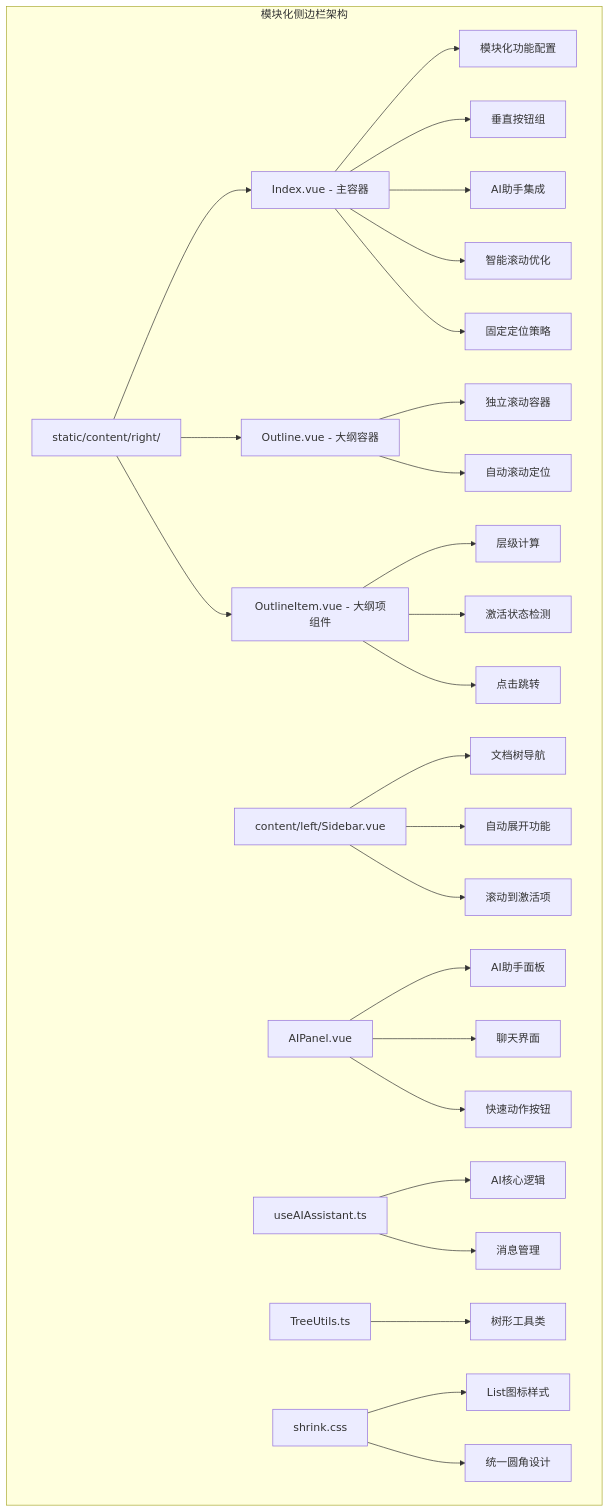
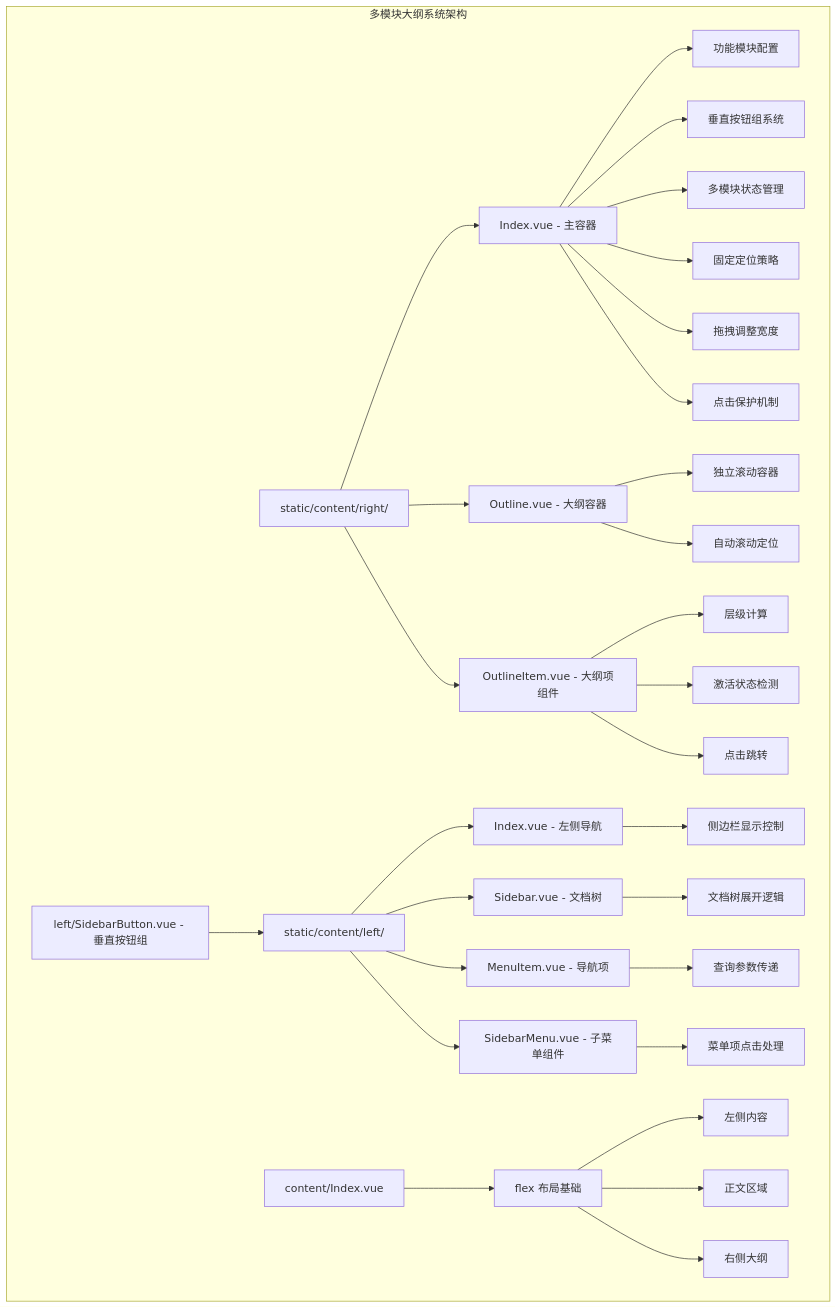
One commit to terwer/siyuan-plugin-blog changed the first of 18 diagrams in .qoder/repowiki/zh/content/Outline System.md. Above: the diagram before and after it, drawn with Mermaid. The commit also changed other lines of this file and 16 other files, not shown here.

````diff
--- a/.qoder/repowiki/zh/content/Outline System.md
+++ b/.qoder/repowiki/zh/content/Outline System.md
@@ -63,29 +66,32 @@
 ```mermaid
 graph TB
-subgraph "模块化侧边栏架构"
+subgraph "多模块大纲系统架构"
 A[static/content/right/] --> B[Index.vue - 主容器]
 A --> C[Outline.vue - 大纲容器]
 A --> D[OutlineItem.vue - 大纲项组件]
-B --> E[模块化功能配置]
-B --> F[垂直按钮组]
-B --> G[AI助手集成]
-B --> H[智能滚动优化]
-B --> I[固定定位策略]
-C --> J[独立滚动容器]
-C --> K[自动滚动定位]
-D --> L[层级计算]
-D --> M[激活状态检测]
-D --> N[点击跳转]
-O[content/left/Sidebar.vue] --> P[文档树导航]
-O --> Q[自动展开功能]
-O --> R[滚动到激活项]
-S[AIPanel.vue] --> T[AI助手面板]
-S --> U[聊天界面]
-S --> V[快速动作按钮]
-W[useAIAssistant.ts] --> X[AI核心逻辑]
-W --> Y[消息管理]
-Z[TreeUtils.ts] --> AA[树形工具类]
-BB[shrink.css] --> CC[List图标样式]
-BB --> DD[统一圆角设计]
+E[static/content/left/] --> F[Index.vue - 左侧导航]
+E --> G[Sidebar.vue - 文档树]
+E --> H[MenuItem.vue - 导航项]
+E --> I[SidebarMenu.vue - 子菜单组件]
+J[left/SidebarButton.vue - 垂直按钮组] --> E
+B --> K[功能模块配置]
+B --> L[垂直按钮组系统]
+B --> M[多模块状态管理]
+B --> N[固定定位策略]
+B --> O[拖拽调整宽度]
+B --> P[点击保护机制]
+C --> Q[独立滚动容器]
+C --> R[自动滚动定位]
+D --> S[层级计算]
+D --> T[激活状态检测]
+D --> U[点击跳转]
+F --> V[侧边栏显示控制]
+G --> W[文档树展开逻辑]
+H --> X[查询参数传递]
+I --> Y[菜单项点击处理]
+Z[content/Index.vue] --> AA[flex 布局基础]
+AA --> AB[左侧内容]
+AA --> AC[正文区域]
+AA --> AD[右侧大纲]
 end
 ```
````
